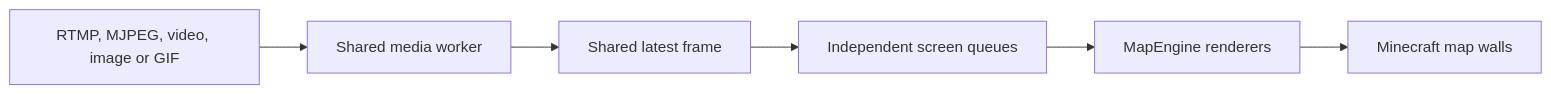
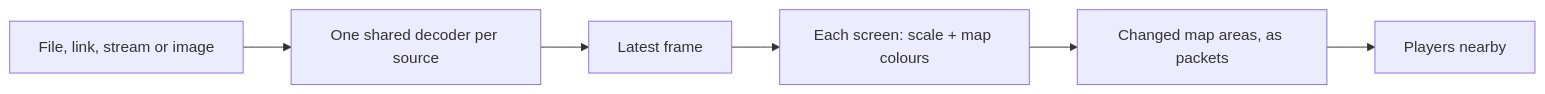
The diagram in concepts/how-it-works.md (unknown-566/LuigiScreen-Wiki), drawn with Mermaid before and after one commit. The commit also changed other lines of this file and 35 other files, not shown here.

````diff
--- a/concepts/how-it-works.md
+++ b/concepts/how-it-works.md
@@ -5,8 +5,8 @@
 ```mermaid
 flowchart LR
-    A["RTMP, MJPEG, video, image or GIF"] --> B["Shared media worker"]
-    B --> C["Shared latest frame"]
-    C --> D["Independent screen queues"]
-    D --> E["MapEngine renderers"]
-    E --> F["Minecraft map walls"]
+    A["File, link, stream or image"] --> B["One shared decoder per source"]
+    B --> C["Latest frame"]
+    C --> D["Each screen: scale + map colours"]
+    D --> E["Changed map areas, as packets"]
+    E --> F["Players nearby"]
 ```
````
